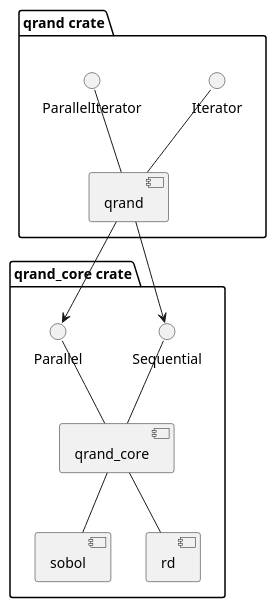
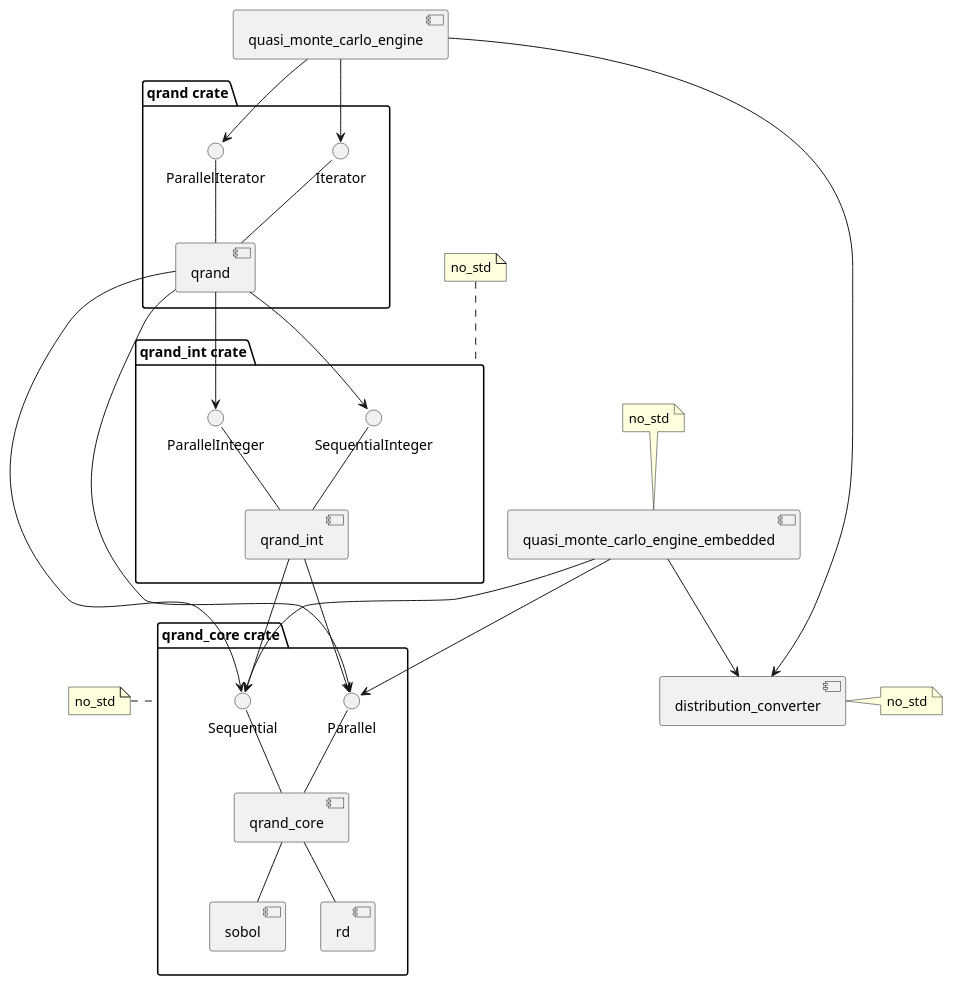
Before and after one commit to rusty-octopus/qrand: the diagram in README.md, drawn with PlantUML. The commit also changed other lines of this file, not shown here.

Commit message:
Added more components to architecture

````diff
--- a/README.md
+++ b/README.md
@@ -5,27 +5,61 @@
 ```plantuml
-package "qrand_core crate" {
+package "qrand_core crate" as qrand_core_crate {
     interface Sequential
     interface Parallel
     component qrand_core
     component sobol
     component rd
 }
+note left of qrand_core_crate: no_std
 
 package "qrand crate" {
     interface Iterator
     interface ParallelIterator
     component qrand
 }
+
+component distribution_converter
+note right of distribution_converter: no_std
+
+package "qrand_int crate" as qrand_int_crate {
+    component qrand_int
+    interface SequentialInteger
+    interface ParallelInteger
+}
+note top of qrand_int_crate: no_std
+
+component quasi_monte_carlo_engine
+
+component quasi_monte_carlo_engine_embedded
+note top of quasi_monte_carlo_engine_embedded: no_std
 
 Sequential -- qrand_core
 Parallel -- qrand_core
 
 qrand --> Sequential
 qrand --> Parallel
 
 qrand_core -- rd
 qrand_core -- sobol
 
 Iterator -- qrand
 ParallelIterator -- qrand
+
+qrand_int --> Sequential
+qrand_int --> Parallel
+
+SequentialInteger -- qrand_int
+ParallelInteger -- qrand_int
+
+qrand --> SequentialInteger
+qrand --> ParallelInteger
+
+quasi_monte_carlo_engine --> ParallelIterator
+quasi_monte_carlo_engine --> Iterator
+quasi_monte_carlo_engine --> distribution_converter
+
+quasi_monte_carlo_engine_embedded --> Parallel
+quasi_monte_carlo_engine_embedded --> Sequential
+quasi_monte_carlo_engine_embedded --> distribution_converter
+
 ```
````
